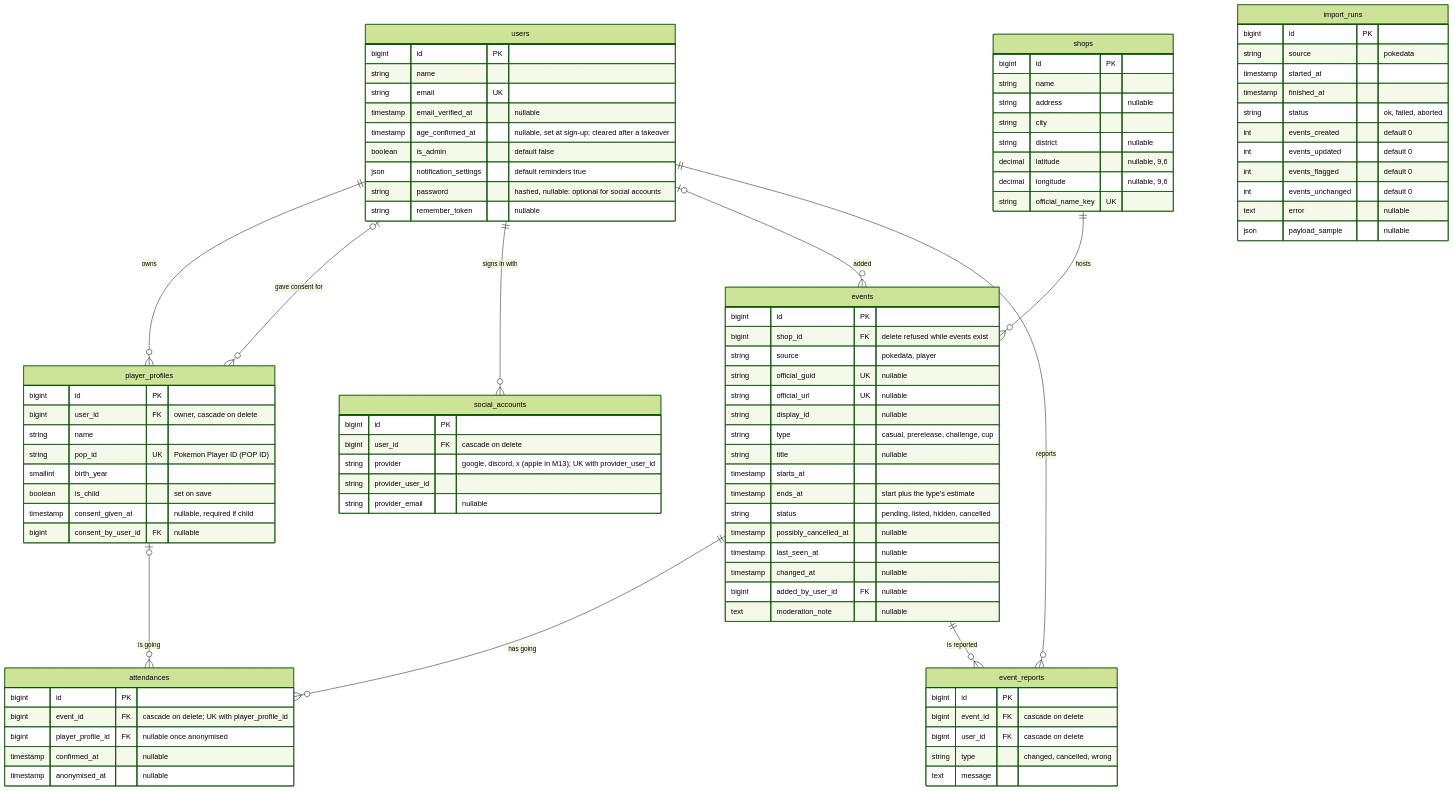
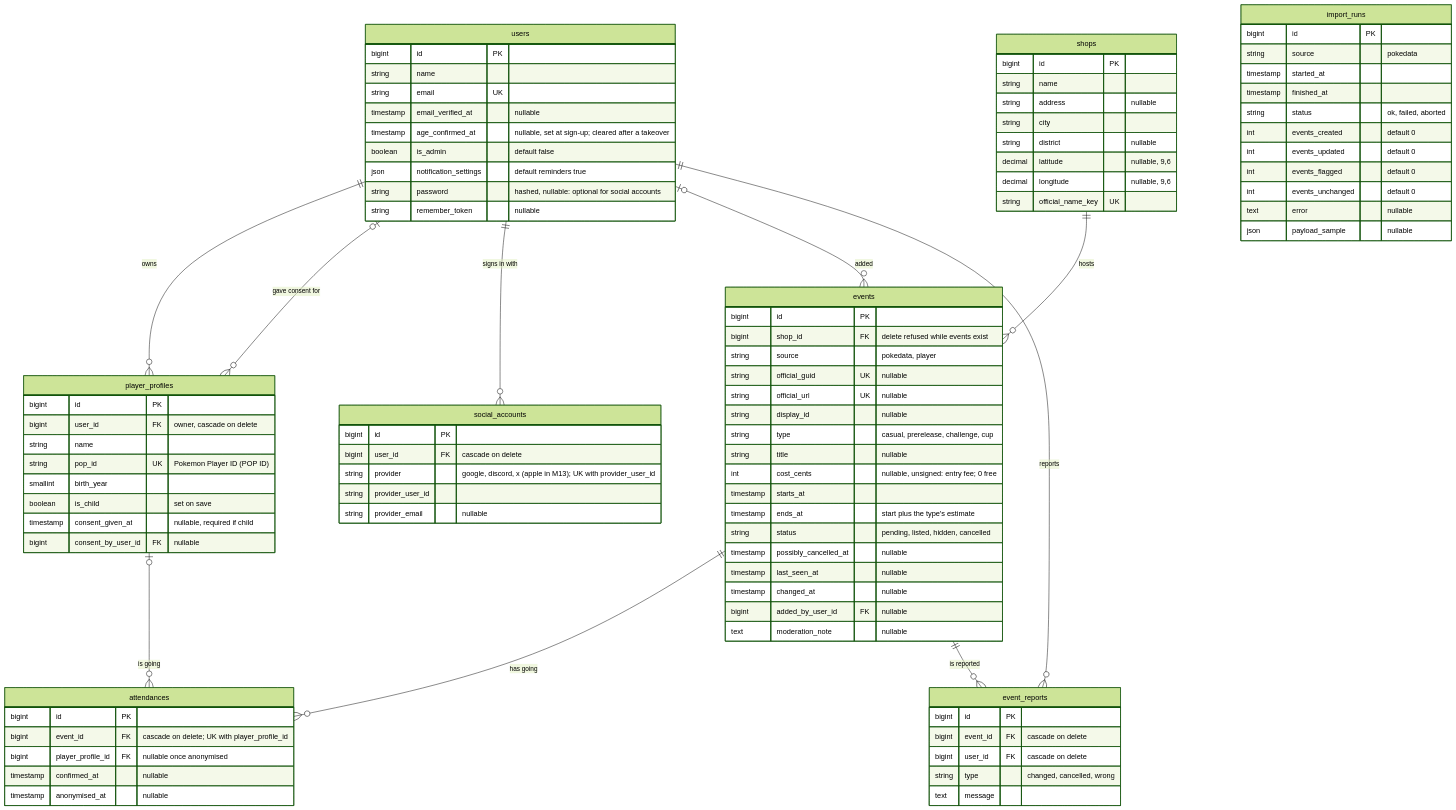
The diagram in docs/architecture.md (bcarvalheiro/TournamentPreFlight), drawn with Mermaid (forest theme) before and after one commit. The commit also changed other lines of this file and 12 other files, not shown here.

Commit message:
show the entry fee, if present, on event page

```diff
--- a/docs/architecture.md
+++ b/docs/architecture.md
@@ -119,6 +119,7 @@
         string display_id "nullable"
         string type "casual, prerelease, challenge, cup"
         string title "nullable"
+        int cost_cents "nullable, unsigned: entry fee; 0 free"
         timestamp starts_at
         timestamp ends_at "start plus the type's estimate"
         string status "pending, listed, hidden, cancelled"
```
